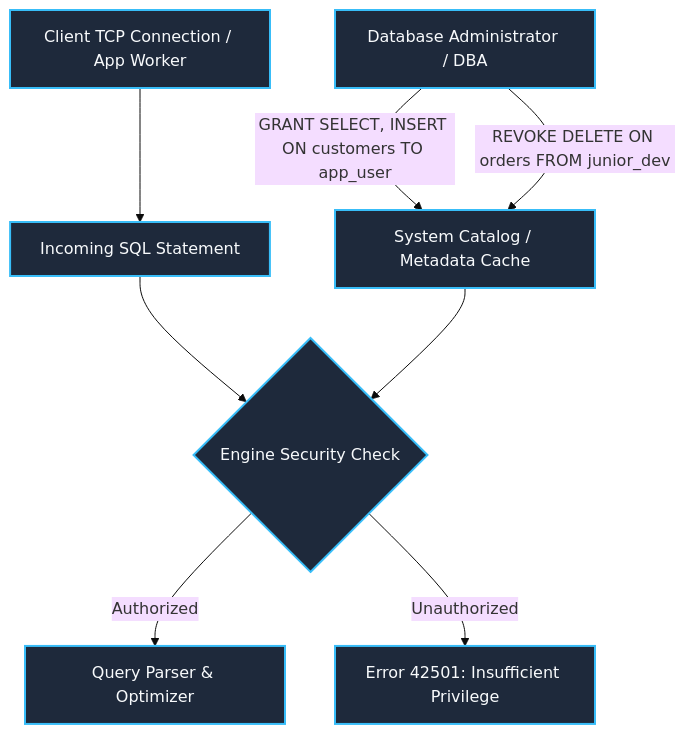
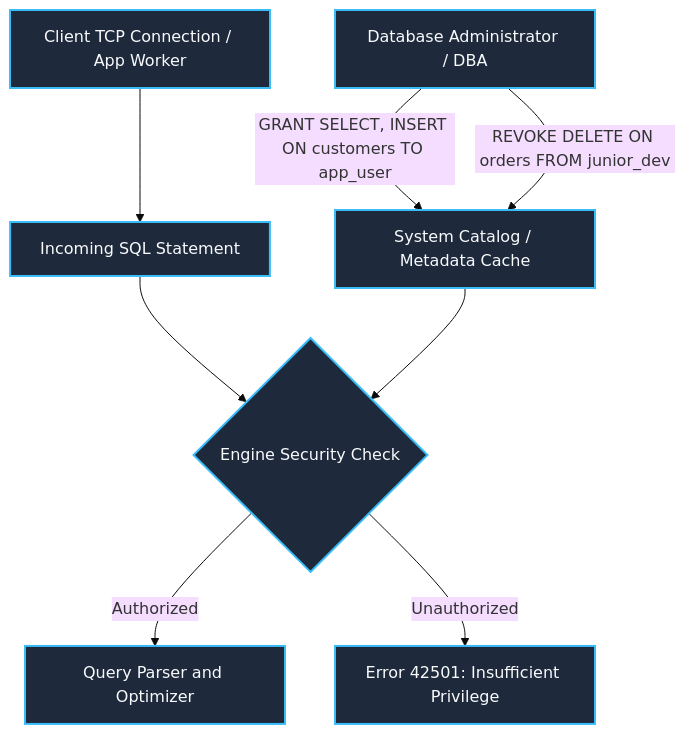
One commit to AkmKawser/Database-Management-System changed the first of 6 diagrams in Skills_Output/query/003_dcl_tcl_acid_properties_internals.md. Above: the diagram before and after it, drawn with Mermaid (base theme). The commit also changed other lines of this file and 11 other files, not shown here.

Commit message:
Fix Mermaid got PS parser error by double-quoting all node labels, upgrade audit_rendering.py, and codify global source attribution & simplification rules

````diff
--- a/Skills_Output/query/003_dcl_tcl_acid_properties_internals.md
+++ b/Skills_Output/query/003_dcl_tcl_acid_properties_internals.md
@@ -27,15 +29,15 @@
 ```mermaid
 flowchart TD
-    DBA[Database Administrator / DBA]
-    DBA -->|GRANT SELECT, INSERT ON customers TO app_user| SystemCatalog[System Catalog / Metadata Cache]
-    DBA -->|REVOKE DELETE ON orders FROM junior_dev| SystemCatalog
+    DBA["Database Administrator / DBA"]
+    DBA -->|"GRANT SELECT, INSERT ON customers TO app_user"| SystemCatalog["System Catalog / Metadata Cache"]
+    DBA -->|"REVOKE DELETE ON orders FROM junior_dev"| SystemCatalog
     
-    ClientConn[Client TCP Connection / App Worker] --> Query[Incoming SQL Statement]
-    Query --> AuthPhase{Engine Security Check}
+    ClientConn["Client TCP Connection / App Worker"] --> Query["Incoming SQL Statement"]
+    Query --> AuthPhase{"Engine Security Check"}
     SystemCatalog --> AuthPhase
-    AuthPhase -->|Authorized| Planner[Query Parser & Optimizer]
-    AuthPhase -->|Unauthorized| Error[Error 42501: Insufficient Privilege]
+    AuthPhase -->|"Authorized"| Planner["Query Parser and Optimizer"]
+    AuthPhase -->|"Unauthorized"| Error["Error 42501: Insufficient Privilege"]
 
     classDef stage fill:#1e293b,stroke:#38bdf8,stroke-width:2px,color:#f8fafc;
     class DBA,SystemCatalog,ClientConn,Query,AuthPhase,Planner,Error stage;
 ```
````
